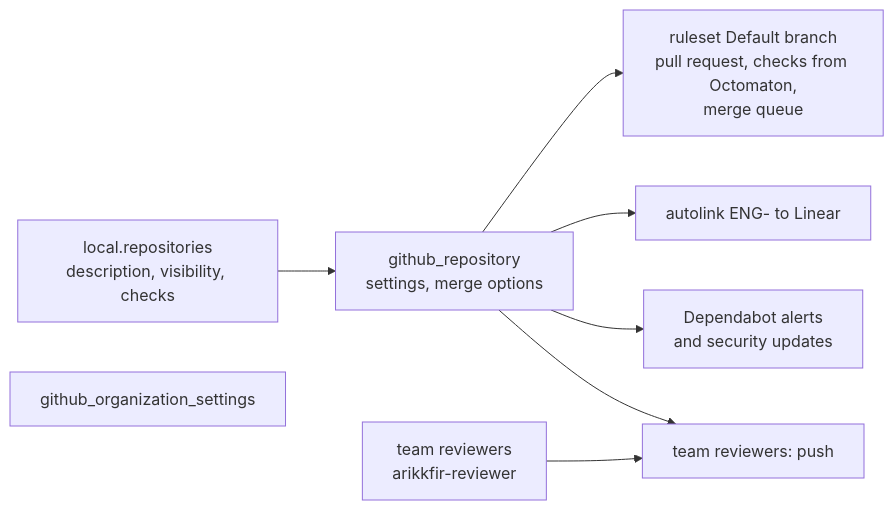
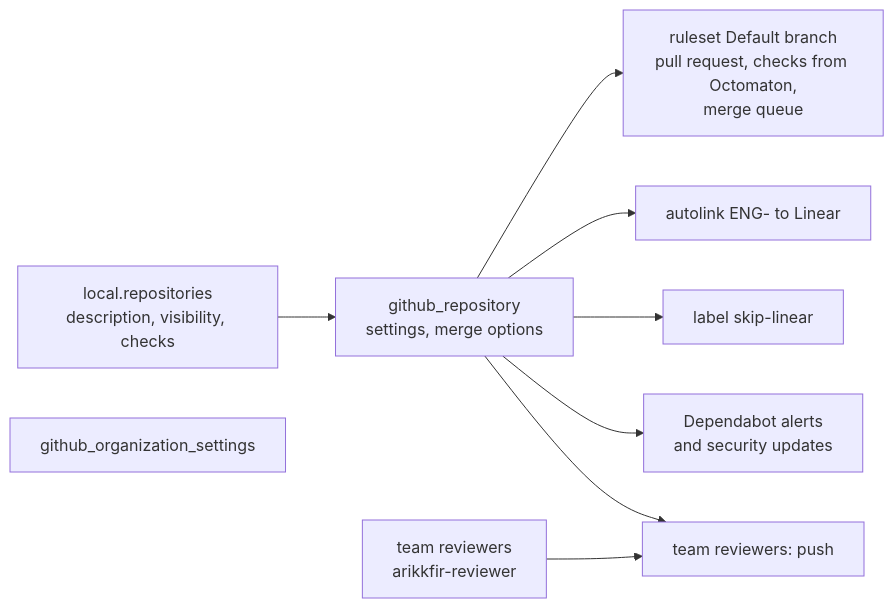
The diagram in docs/infra/terraform/github.md (arikkfir-org/infra), drawn with Mermaid before and after one commit. The commit also changed other lines of this file and 6 other files, not shown here.

First line of the commit message:
feat: add secret linear-api-key and label skip-linear

````diff
--- a/docs/infra/terraform/github.md
+++ b/docs/infra/terraform/github.md
@@ -5,10 +5,11 @@
 ```mermaid
 flowchart LR
   L["local.repositories<br/>description, visibility, checks"] --> R["github_repository<br/>settings, merge options"]
   R --> RS["ruleset Default branch<br/>pull request, checks from Octomaton,<br/>merge queue"]
   R --> AL["autolink ENG- to Linear"]
+  R --> LB["label skip-linear"]
   R --> DB["Dependabot alerts<br/>and security updates"]
   R --> TR["team reviewers: push"]
   T["team reviewers<br/>arikkfir-reviewer"] --> TR
   O["github_organization_settings"]
 ```
````
